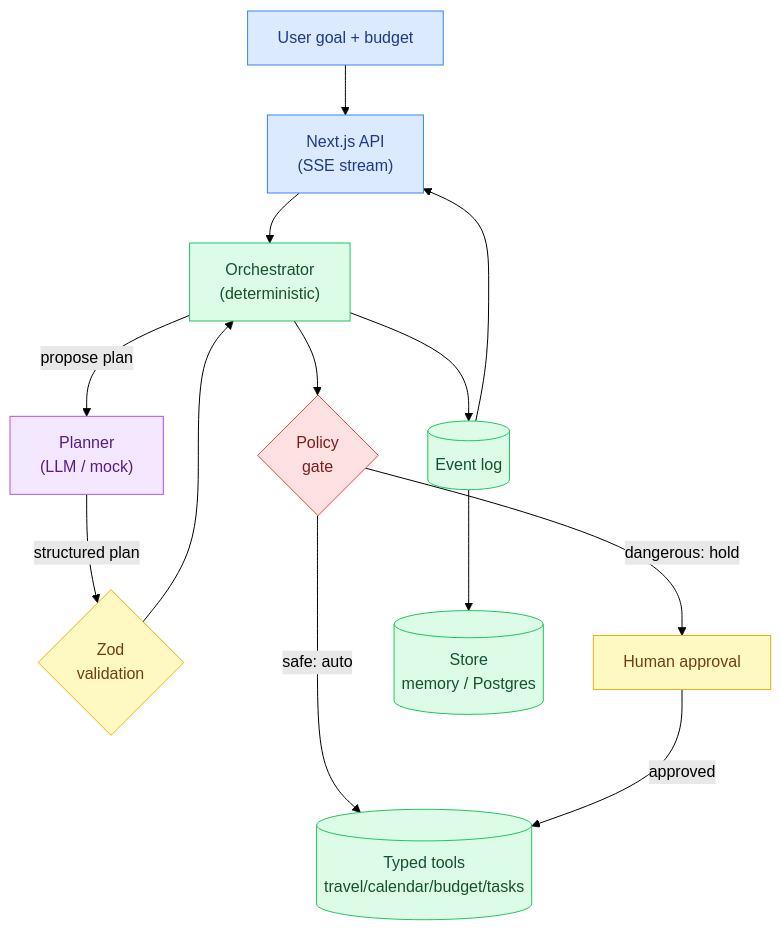
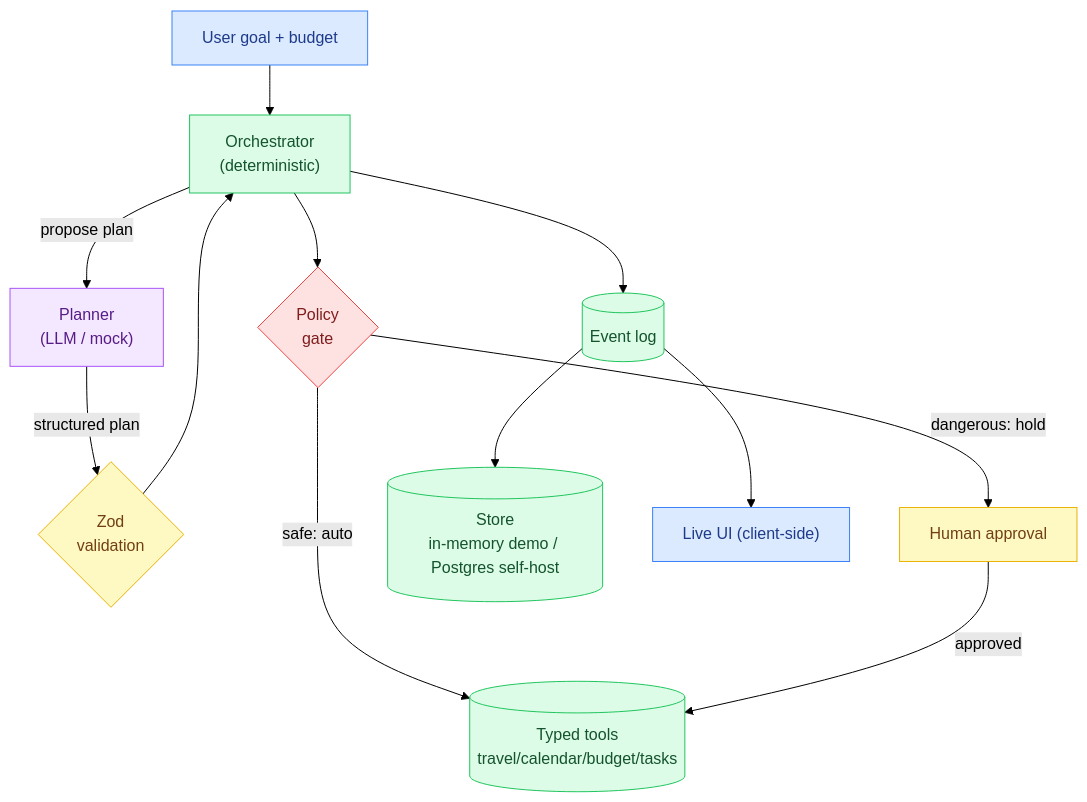
One commit to parag-labs/operations-agent changed the first of 2 diagrams in README.md. Above: the diagram before and after it, drawn with Mermaid (forest theme). The commit also changed other lines of this file and 8 other files, not shown here.

Commit message:
Run engine client-side and ship a static GitHub Pages demo

````diff
--- a/README.md
+++ b/README.md
@@ -57,21 +63,20 @@
 ```mermaid
 flowchart TB
-    U["User goal + budget"]:::blue --> API["Next.js API<br/>(SSE stream)"]:::blue
-    API --> ORCH["Orchestrator<br/>(deterministic)"]:::green
+    U["User goal + budget"]:::blue --> ORCH["Orchestrator<br/>(deterministic)"]:::green
     ORCH -->|"propose plan"| PLAN["Planner<br/>(LLM / mock)"]:::purple
     PLAN -->|"structured plan"| ZOD{"Zod<br/>validation"}:::amber
     ZOD --> ORCH
     ORCH --> POL{"Policy<br/>gate"}:::red
     POL -->|"safe: auto"| TOOLS[("Typed tools<br/>travel/calendar/budget/tasks")]:::green
     POL -->|"dangerous: hold"| HITL["Human approval"]:::amber
     HITL -->|"approved"| TOOLS
     ORCH --> LOG[("Event log")]:::green
-    LOG --> STORE[("Store<br/>memory / Postgres")]:::green
-    LOG --> API
+    LOG --> STORE[("Store<br/>in-memory demo / Postgres self-host")]:::green
+    LOG --> UI["Live UI (client-side)"]:::blue
 
     classDef blue fill:#dbeafe,stroke:#3b82f6,color:#1e3a8a;
     classDef green fill:#dcfce7,stroke:#22c55e,color:#14532d;
     classDef red fill:#fee2e2,stroke:#ef4444,color:#7f1d1d;
     classDef purple fill:#f3e8ff,stroke:#a855f7,color:#581c87;
     classDef amber fill:#fef9c3,stroke:#eab308,color:#713f12;
 ```
````
